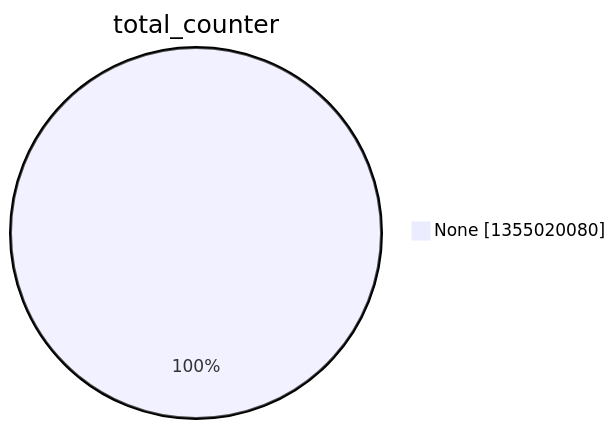
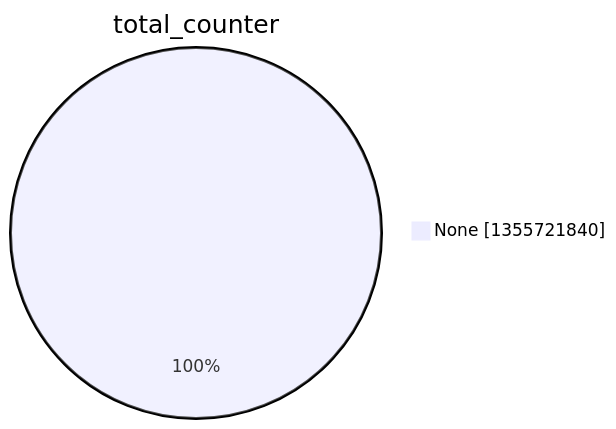
Before and after one commit to christiankrug/ctmonitor_visualization: the second of 15 diagrams in argon2022/README.md, drawn with Mermaid. The commit also changed other lines of this file, not shown here.

````diff
--- a/argon2022/README.md
+++ b/argon2022/README.md
@@ -9,5 +9,5 @@
 ```mermaid
 pie showData
 title total_counter
-"None" :1355020080
+"None" :1355721840
 ```
````
